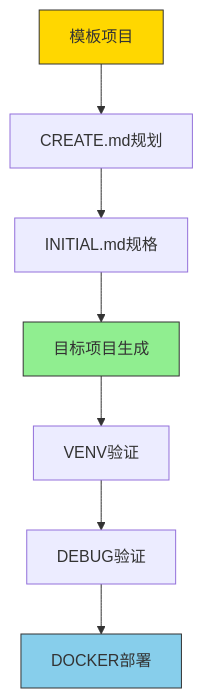
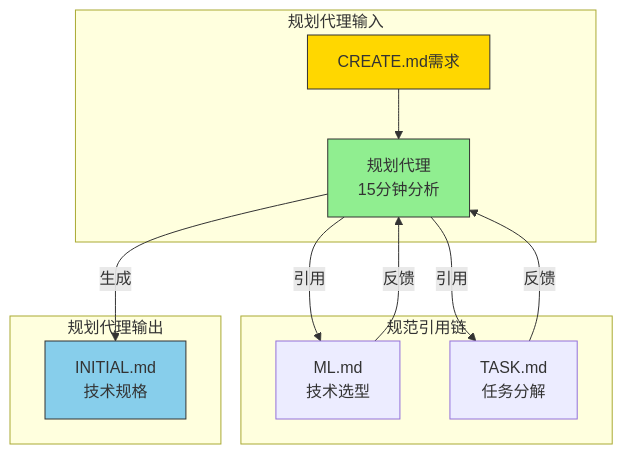
Before and after one commit to ouyangshixiong/context-engineering-zh: the first of 3 diagrams in PLANNING.md, drawn with Mermaid. The commit also changed other lines of this file and 3 other files, not shown here.

````diff
--- a/PLANNING.md
+++ b/PLANNING.md
@@ -10,13 +15,21 @@
 ```mermaid
 graph TD
-    A[模板项目] --> B[CREATE.md规划]
-    B --> C[INITIAL.md规格]
-    C --> D[目标项目生成]
-    D --> E[VENV验证]
-    E --> F[DEBUG验证]
-    F --> G[DOCKER部署]
+    subgraph 规划代理输入
+        CREATE[CREATE.md需求] --> PLAN[规划代理<br/>15分钟分析]
+    end
     
-    style A fill:#FFD700,stroke:#333
-    style D fill:#90EE90,stroke:#333
-    style G fill:#87CEEB,stroke:#333
+    subgraph 规范引用链
+        PLAN -->|引用| ML[ML.md<br/>技术选型]
+        PLAN -->|引用| TASK[TASK.md<br/>任务分解]
+        ML -->|反馈| PLAN
+        TASK -->|反馈| PLAN
+    end
+    
+    subgraph 规划代理输出
+        PLAN -->|生成| INITIAL[INITIAL.md<br/>技术规格]
+    end
+    
+    style PLAN fill:#90EE90,stroke:#333
+    style CREATE fill:#FFD700,stroke:#333
+    style INITIAL fill:#87CEEB,stroke:#333
 ```
````
